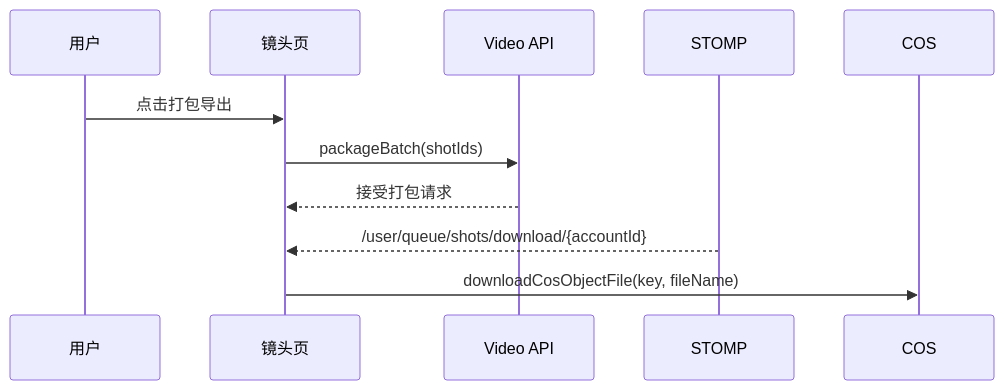
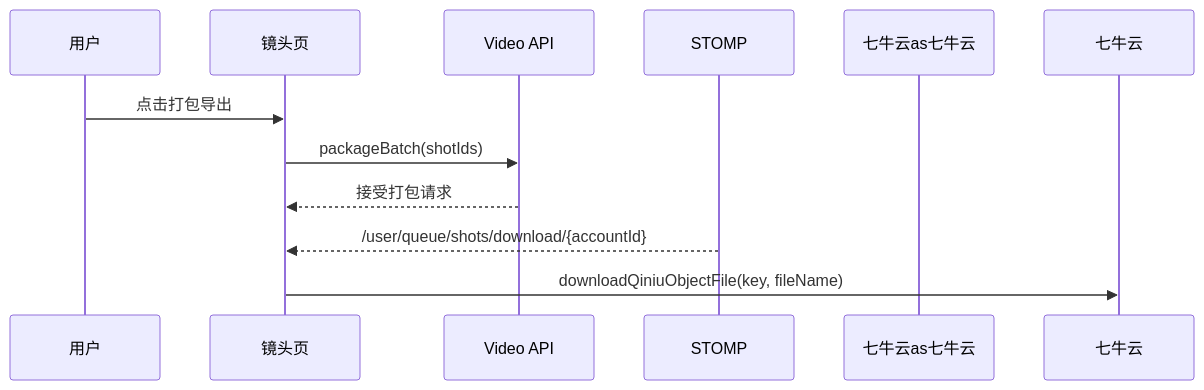
The fifth of 5 diagrams in docs/03-business-flow.md (Anna0314zy/ai-video), drawn with Mermaid before and after one commit. The commit also changed 281 other files, not shown here.

````diff
--- a/docs/03-business-flow.md
+++ b/docs/03-business-flow.md
@@ -140,14 +140,14 @@
 ```mermaid
 sequenceDiagram
   participant User as 用户
   participant VideoPage as 镜头页
   participant API as Video API
   participant WS as STOMP
-  participant COS as COS
+  participant七牛云as七牛云
 
   User->>VideoPage: 点击打包导出
   VideoPage->>API: packageBatch(shotIds)
   API-->>VideoPage: 接受打包请求
   WS-->>VideoPage: /user/queue/shots/download/{accountId}
-  VideoPage->>COS: downloadCosObjectFile(key, fileName)
+  VideoPage->>七牛云: downloadQiniuObjectFile(key, fileName)
 ```
````
